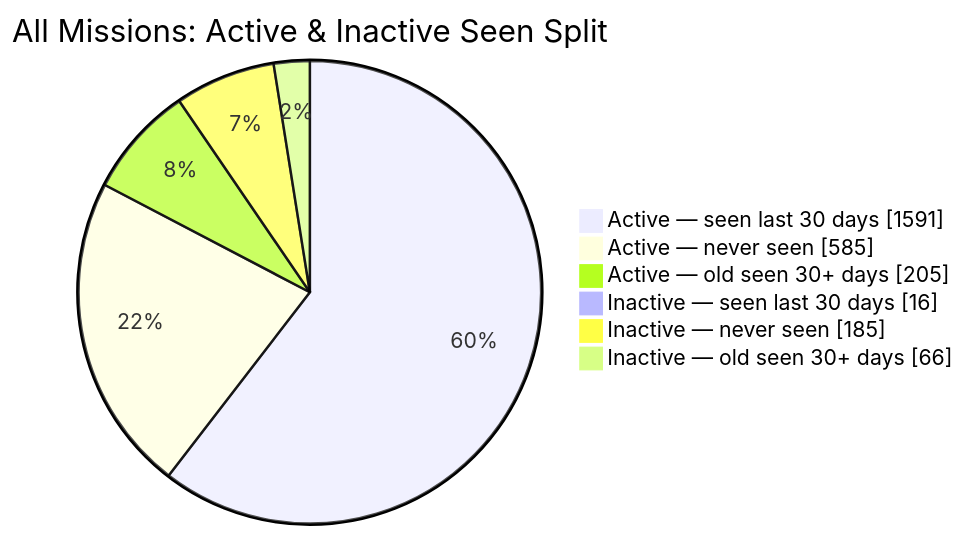
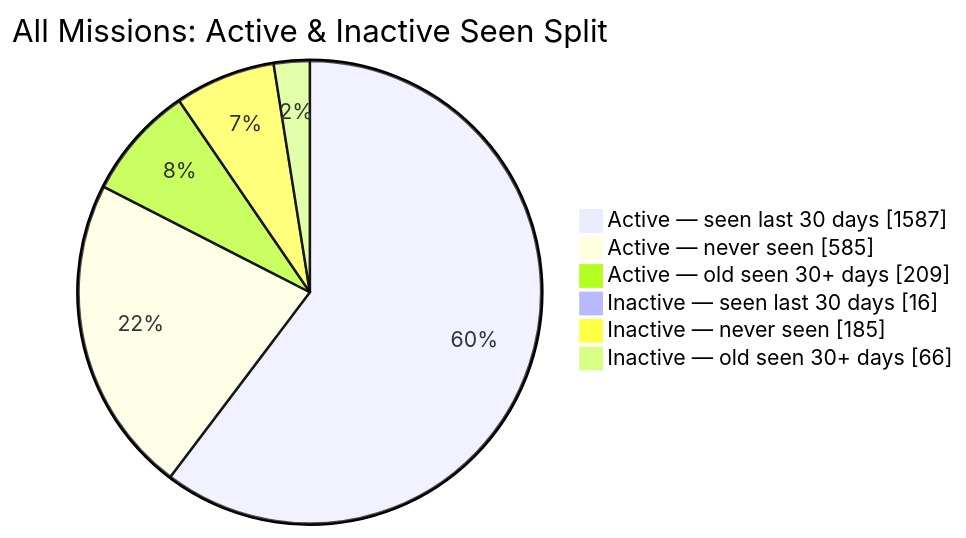
One commit to MeldkamerspelGameTeam/active-missions changed the second of 2 diagrams in README.md. Above: the diagram before and after it, drawn with Mermaid. The commit also changed other lines of this file and 3 other files, not shown here.

````diff
--- a/README.md
+++ b/README.md
@@ -44,10 +44,10 @@
 ```mermaid
 pie showData
     title All Missions: Active & Inactive Seen Split
-    "Active — seen last 30 days" : 1591
+    "Active — seen last 30 days" : 1587
     "Active — never seen" : 585
-    "Active — old seen 30+ days" : 205
+    "Active — old seen 30+ days" : 209
     "Inactive — seen last 30 days" : 16
     "Inactive — never seen" : 185
     "Inactive — old seen 30+ days" : 66
 ```
````
